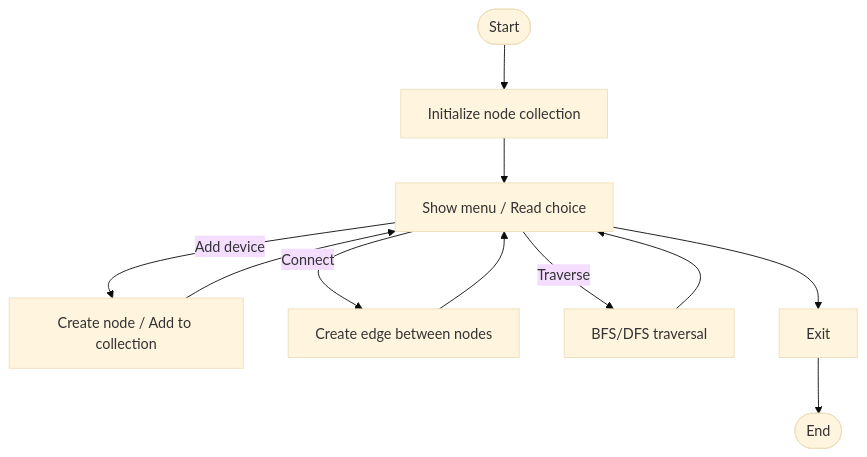
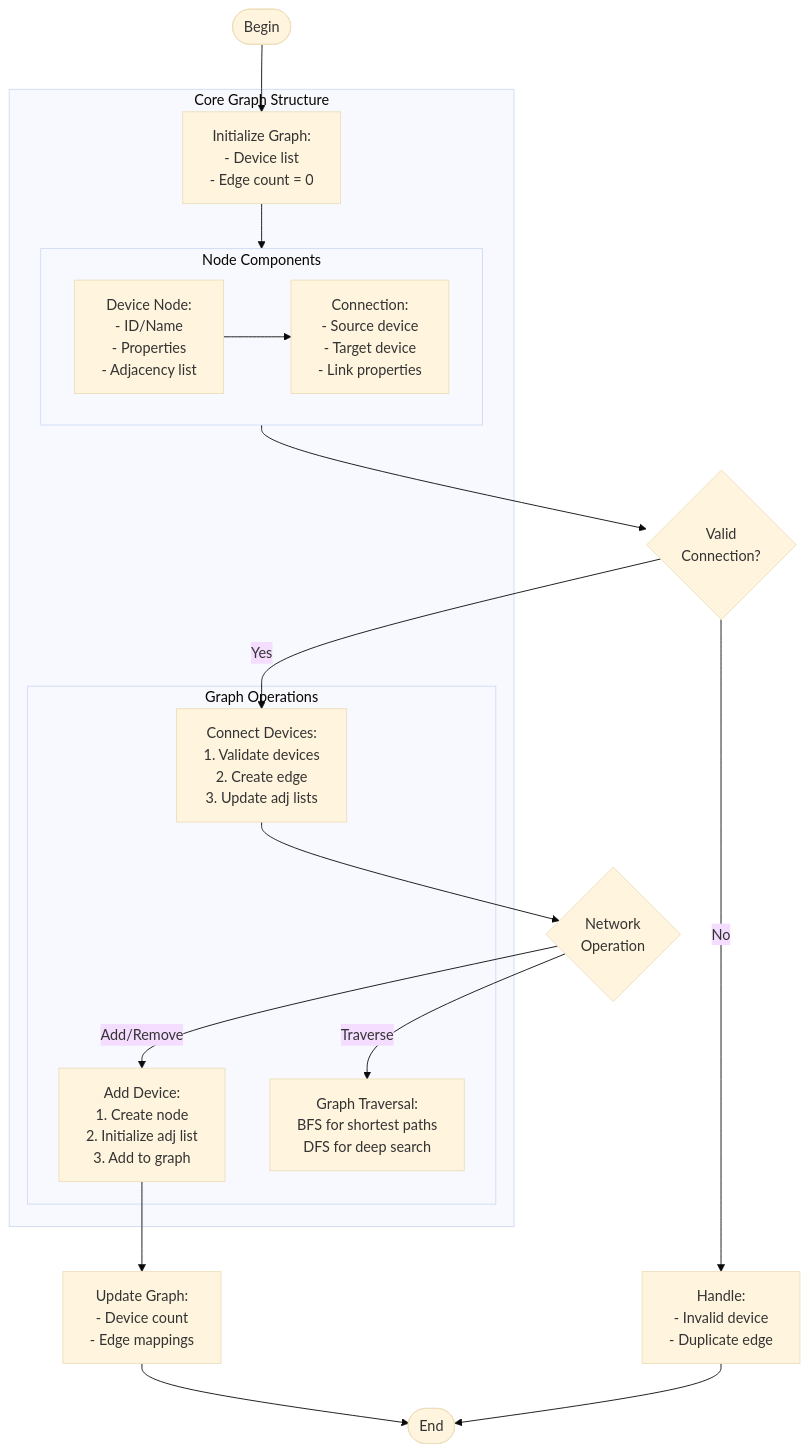
One commit to toanthanh1/c_code changed the diagram in device_nodes.md. Above: the diagram before and after it, drawn with Mermaid (base theme). The commit also changed other lines of this file and 16 other files, not shown here.

````diff
--- a/device_nodes.md
+++ b/device_nodes.md
@@ -26,13 +26,63 @@
 ```mermaid
 flowchart TD
-  Start([Start]) --> Init[Initialize node collection]
-  Init --> Menu[Show menu / Read choice]
-  Menu -->|Add device| Add[Create node / Add to collection]
-  Menu -->|Connect| Connect[Create edge between nodes]
-  Menu -->|Traverse| Traverse[BFS/DFS traversal]
-  Add --> Menu
-  Connect --> Menu
-  Traverse --> Menu
-  Menu --> Exit[Exit]
-  Exit --> End([End])
+    Begin([Begin]) --> Init
+
+    subgraph "Core Graph Structure"
+        Init["Initialize Graph:
+        - Device list
+        - Edge count = 0"]
+        
+        subgraph "Node Components"
+            direction LR
+            Device["Device Node:
+            - ID/Name
+            - Properties
+            - Adjacency list"]
+            
+            Edge["Connection:
+            - Source device
+            - Target device
+            - Link properties"]
+        end
+        
+        subgraph "Graph Operations"
+            Add["Add Device:
+            1. Create node
+            2. Initialize adj list
+            3. Add to graph"]
+            
+            Connect["Connect Devices:
+            1. Validate devices
+            2. Create edge
+            3. Update adj lists"]
+            
+            Traverse["Graph Traversal:
+            BFS for shortest paths
+            DFS for deep search"]
+        end
+    end
+
+    Init --> Device
+    Device --> Edge
+    
+    Edge --> Valid{"Valid
+    Connection?"}
+    
+    Valid -->|Yes| Connect
+    Valid -->|No| Error["Handle:
+    - Invalid device
+    - Duplicate edge"]
+    
+    Connect --> Network{"Network
+    Operation"}
+    
+    Network -->|"Add/Remove"| Add
+    Network -->|"Traverse"| Traverse
+    
+    Add --> Update["Update Graph:
+    - Device count
+    - Edge mappings"]
+    
+    Update --> End([End])
+    Error --> End
 ```
````
